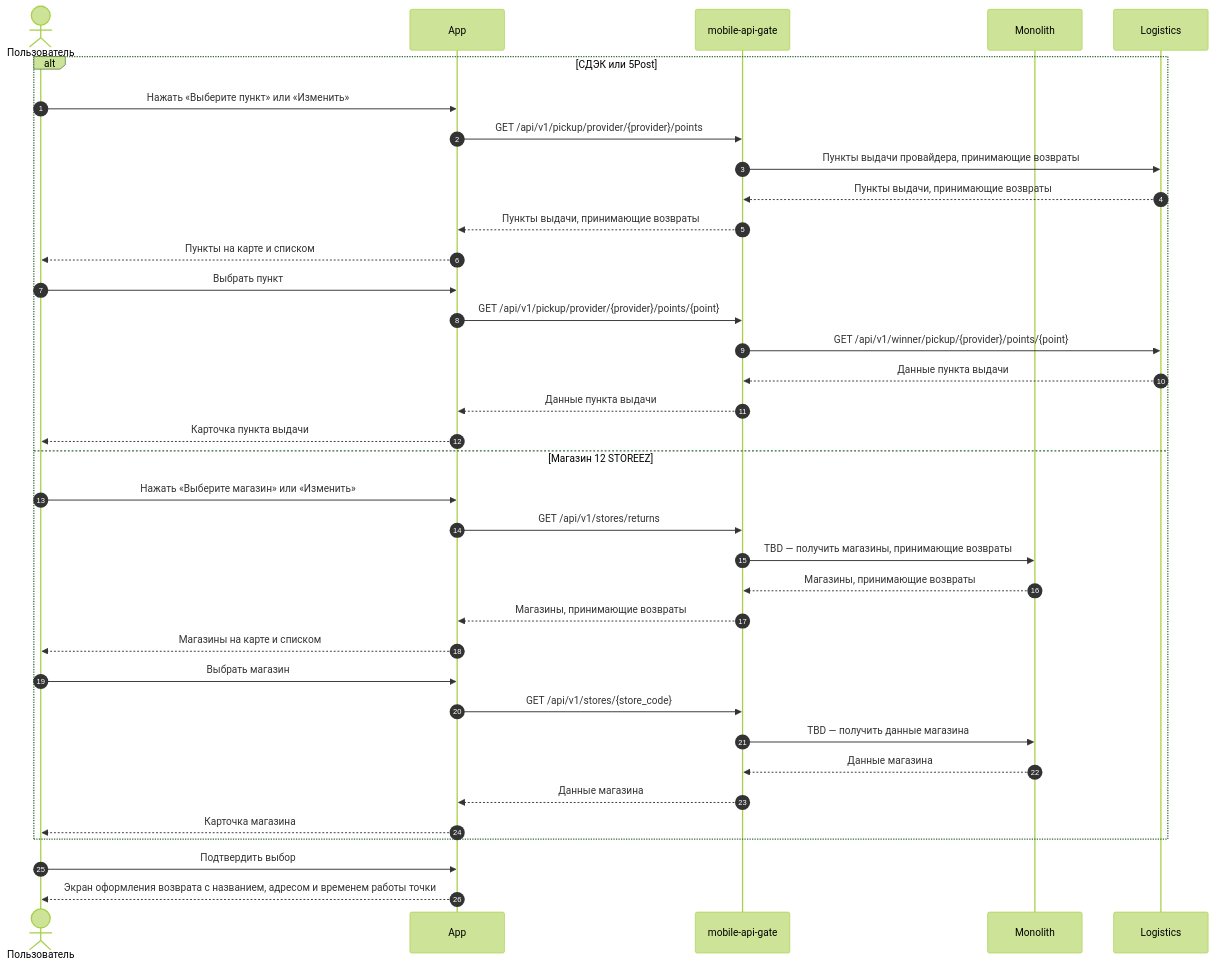
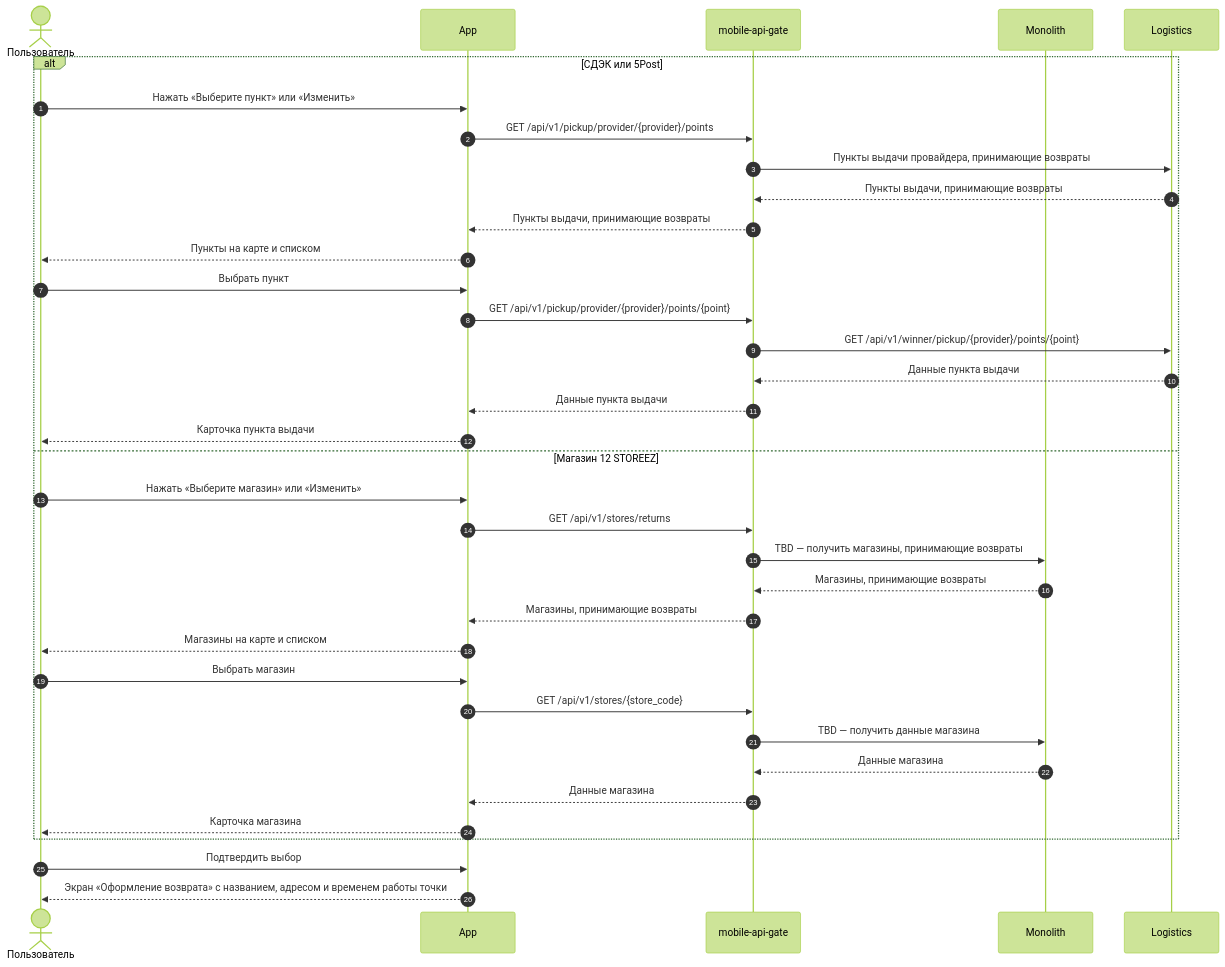
The eighth of 22 diagrams in projects/returns-2.0/requirements/srs/srs-mobile-mvp.md (Terinss155/opencode-agents-analysis), drawn with Mermaid (forest theme) before and after one commit. The commit also changed other lines of this file and 4 other files, not shown here.

````diff
--- a/projects/returns-2.0/requirements/srs/srs-mobile-mvp.md
+++ b/projects/returns-2.0/requirements/srs/srs-mobile-mvp.md
@@ -721,39 +719,39 @@
 ```mermaid
 sequenceDiagram
     autonumber
     actor U as Пользователь
     participant APP as App
     participant API as mobile-api-gate
     participant MON as Monolith
     participant LOG as Logistics
 
     alt СДЭК или 5Post
         U->>APP: Нажать «Выберите пункт» или «Изменить»
         APP->>API: GET /api/v1/pickup/provider/{provider}/points
         API->>LOG: Пункты выдачи провайдера, принимающие возвраты
         LOG-->>API: Пункты выдачи, принимающие возвраты
         API-->>APP: Пункты выдачи, принимающие возвраты
         APP-->>U: Пункты на карте и списком
         U->>APP: Выбрать пункт
         APP->>API: GET /api/v1/pickup/provider/{provider}/points/{point}
         API->>LOG: GET /api/v1/winner/pickup/{provider}/points/{point}
         LOG-->>API: Данные пункта выдачи
         API-->>APP: Данные пункта выдачи
         APP-->>U: Карточка пункта выдачи
     else Магазин 12 STOREEZ
         U->>APP: Нажать «Выберите магазин» или «Изменить»
         APP->>API: GET /api/v1/stores/returns
         API->>MON: TBD — получить магазины, принимающие возвраты
         MON-->>API: Магазины, принимающие возвраты
         API-->>APP: Магазины, принимающие возвраты
         APP-->>U: Магазины на карте и списком
         U->>APP: Выбрать магазин
         APP->>API: GET /api/v1/stores/{store_code}
         API->>MON: TBD — получить данные магазина
         MON-->>API: Данные магазина
         API-->>APP: Данные магазина
         APP-->>U: Карточка магазина
     end
     U->>APP: Подтвердить выбор
-    APP-->>U: Экран оформления возврата с названием, адресом и временем работы точки
+    APP-->>U: Экран «Оформление возврата» с названием, адресом и временем работы точки
 ```
````
